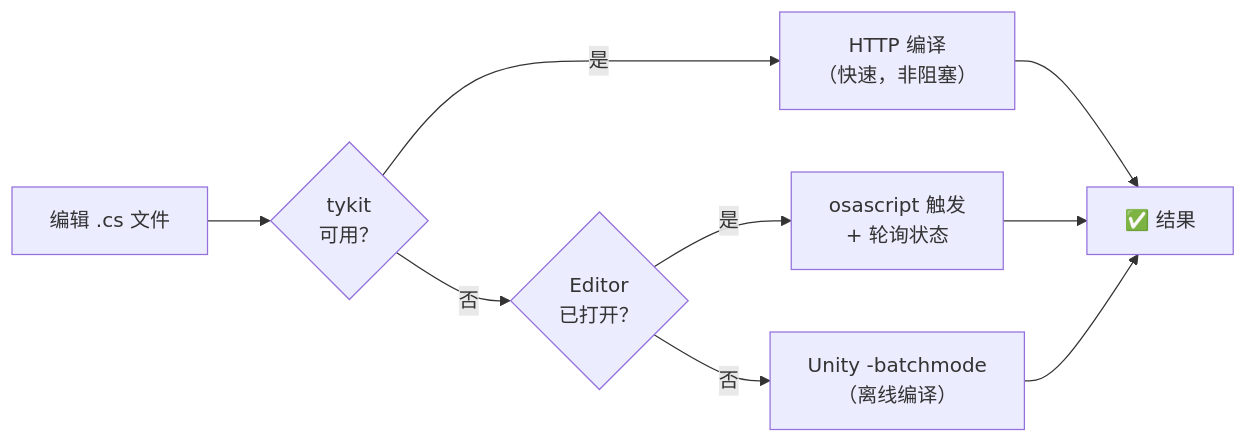
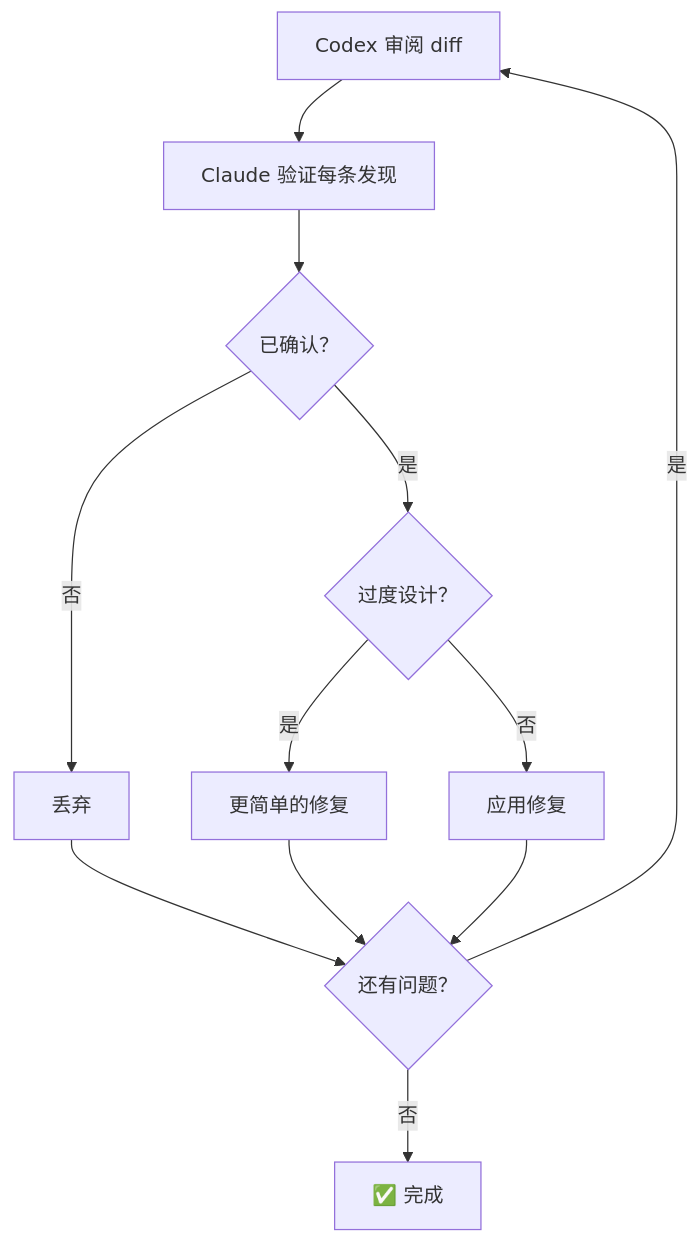
One commit to brandonle7116/quick-question changed the tenth of 12 diagrams in README.md. Above: the diagram before and after it, drawn with Mermaid. The commit also changed other lines of this file and 6 other files, not shown here.

````diff
--- a/README.md
+++ b/README.md
@@ -801,11 +571,14 @@
 ```mermaid
-flowchart LR
-    A["编辑 .cs 文件"] --> B{tykit\n可用？}
-    B -->|是| C["HTTP 编译\n（快速，非阻塞）"]
-    B -->|否| D{Editor\n已打开？}
-    D -->|是| E["osascript 触发\n+ 轮询状态"]
-    D -->|否| F["Unity -batchmode\n（离线编译）"]
-    C --> G["✅ 结果"]
-    E --> G
-    F --> G
+flowchart TD
+    A["Codex 审阅 diff"] --> B["Claude 验证每条发现"]
+    B --> C{"已确认？"}
+    C -->|否| D["丢弃"]
+    C -->|是| E{"过度设计？"}
+    E -->|是| F["更简单的修复"]
+    E -->|否| G["应用修复"]
+    D --> H{"还有问题？"}
+    F --> H
+    G --> H
+    H -->|是| A
+    H -->|否| I["✅ 完成"]
 ```
````
